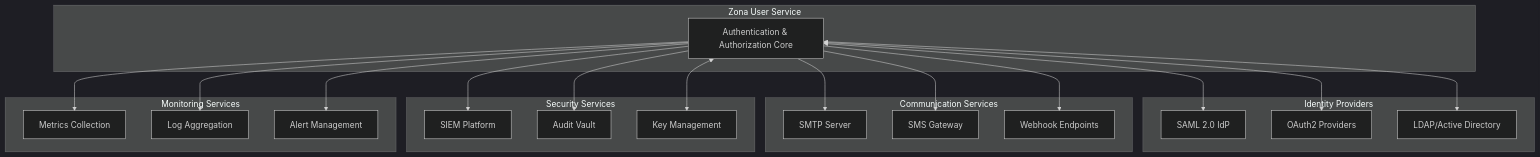
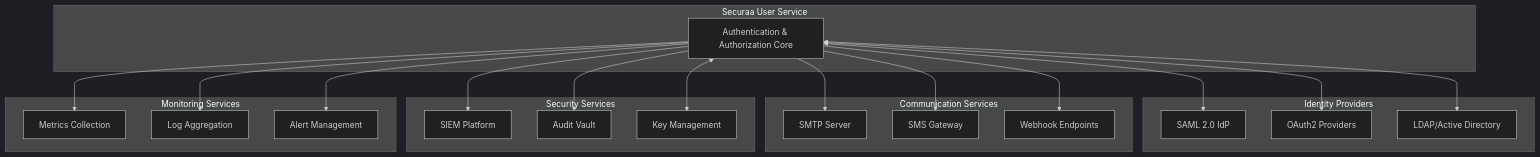
One commit to Vishwa0220/securaa-internal-documents changed diagram 12 of 14 in securaa-user-high-level-design.md. Above: the diagram before and after it, drawn with Mermaid (dark theme). The commit also changed other lines of this file and 20 other files, not shown here.

Commit message:
Replace HLD/LLD abbreviations with full names and update all zona references to securaa

````diff
--- a/securaa-user-high-level-design.md
+++ b/securaa-user-high-level-design.md
@@ -709,47 +709,47 @@
 ```mermaid
 graph TB
-    subgraph "Zona User Service"
+    subgraph "Securaa User Service"
         CORE[Authentication & Authorization Core]
     end
     
     subgraph "Identity Providers"
         SAML[SAML 2.0 IdP]
         OAUTH[OAuth2 Providers]
         LDAP[LDAP/Active Directory]
     end
     
     subgraph "Communication Services"
         SMTP[SMTP Server]
         SMS[SMS Gateway]
         WEBHOOK[Webhook Endpoints]
     end
     
     subgraph "Security Services"
         SIEM[SIEM Platform]
         AUDIT[Audit Vault]
         KMS[Key Management]
     end
     
     subgraph "Monitoring Services"
         METRICS[Metrics Collection]
         LOGGING[Log Aggregation]
         ALERTING[Alert Management]
     end
     
     %% Integration Connections
     CORE <--> SAML
     CORE <--> OAUTH
     CORE <--> LDAP
     
     CORE --> SMTP
     CORE --> SMS
     CORE --> WEBHOOK
     
     CORE --> SIEM
     CORE --> AUDIT
     CORE <--> KMS
     
     CORE --> METRICS
     CORE --> LOGGING
     CORE --> ALERTING
 ```
````
